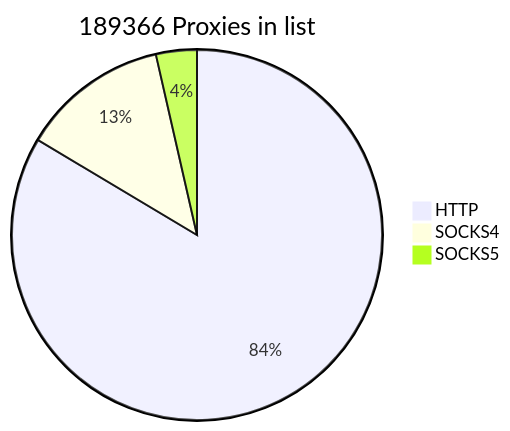
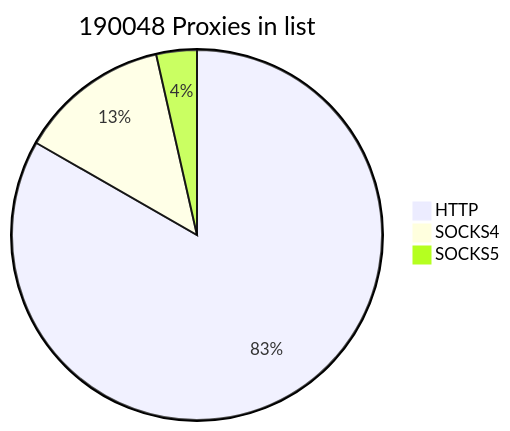
The first of 2 diagrams in README.md (cutipu/proxylist), drawn with Mermaid before and after one commit. The commit also changed other lines of this file, not shown here.

````diff
--- a/README.md
+++ b/README.md
@@ -2,7 +2,7 @@
 ```mermaid
-pie title 189366 Proxies in list
-    "HTTP" : 158253
-    "SOCKS4" : 24359
-    "SOCKS5" : 6754
+pie title 190048 Proxies in list
+    "HTTP" : 158280
+    "SOCKS4" : 25036
+    "SOCKS5" : 6732
             
 ```
````
